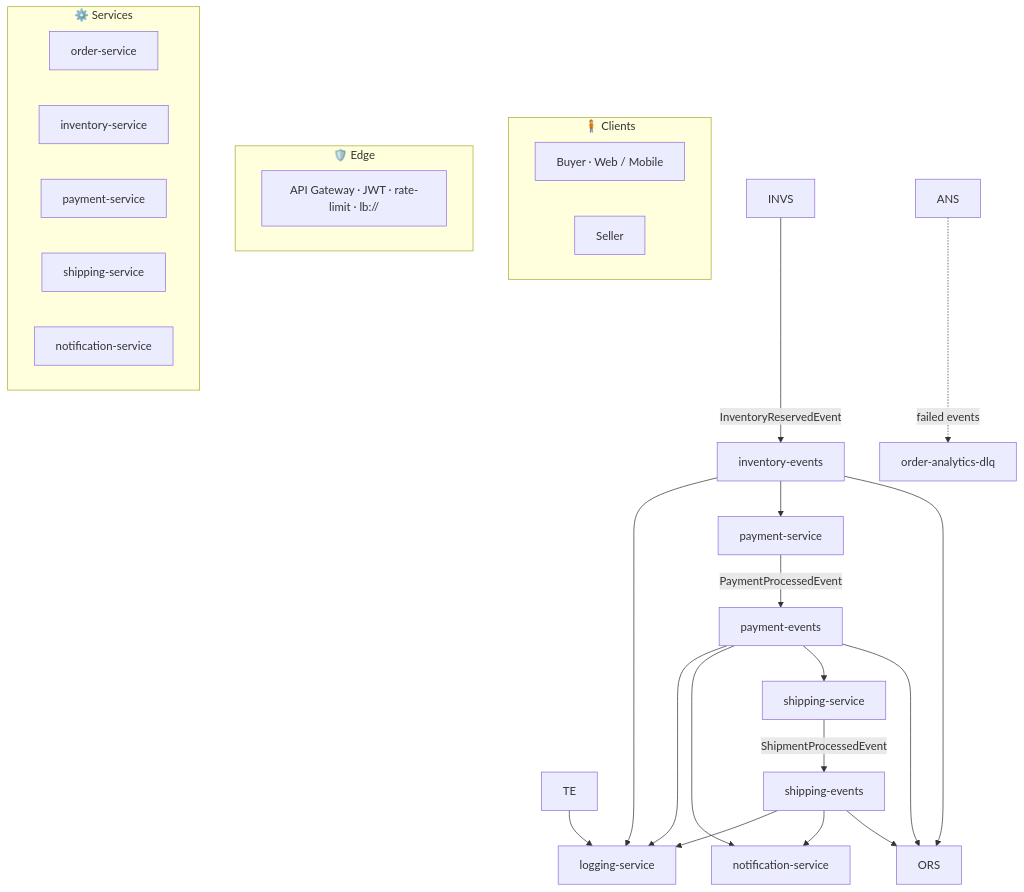
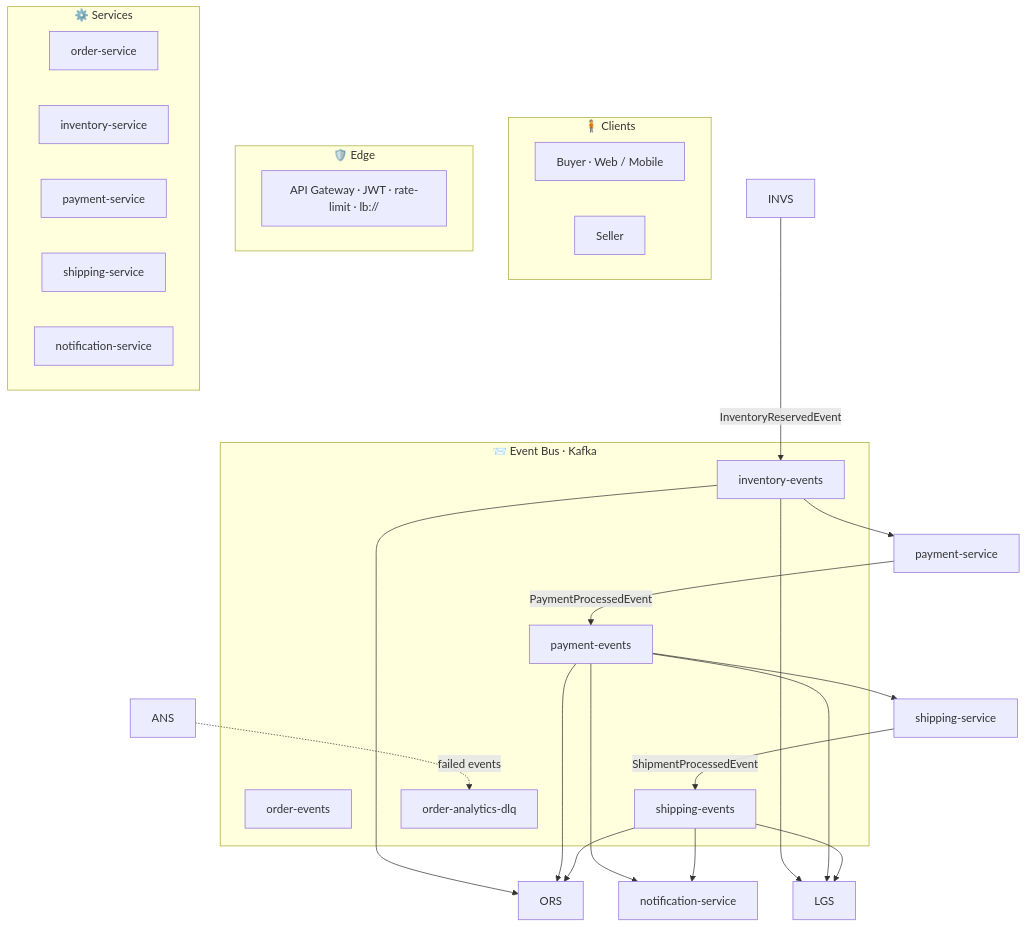
The second of 3 diagrams in README.md (zexxitywave/EventDrivenMesh), drawn with Mermaid before and after one commit.

Commit message:
docs(readme): add Event Bus subgraph with topics and DLQ

````diff
--- a/README.md
+++ b/README.md
@@ -209,39 +209,46 @@
 ```mermaid
 flowchart TB
 
     subgraph CLIENTS["🧍 Clients"]
         BUYER["Buyer · Web / Mobile"]
         SELLER["Seller"]
     end
 
     subgraph EDGE["🛡️ Edge"]
         GW["API Gateway · JWT · rate-limit · lb://"]
     end
 
     subgraph SVC["⚙️ Services"]
         ORD["order-service"]
         INV["inventory-service"]
         PAY["payment-service"]
         SHP["shipping-service"]
         NOT["notification-service"]
     end
-    TE --> LGS[logging-service]
+
+    subgraph BUS["📨 Event Bus · Kafka"]
+        OE["order-events"]
+        IE["inventory-events"]
+        PE["payment-events"]
+        SE["shipping-events"]
+        DLQ["order-analytics-dlq"]
+    end
 
     INVS -->|InventoryReservedEvent| IE[inventory-events]
     IE --> ORS
     IE --> PYS[payment-service]
     IE --> LGS
 
     PYS -->|PaymentProcessedEvent| PE[payment-events]
     PE --> ORS
     PE --> SHS[shipping-service]
     PE --> NTS[notification-service]
     PE --> LGS
 
     SHS -->|ShipmentProcessedEvent| SE[shipping-events]
     SE --> ORS
     SE --> NTS
     SE --> LGS
 
     ANS -.failed events.-> DLQ[order-analytics-dlq]
 ```
````
